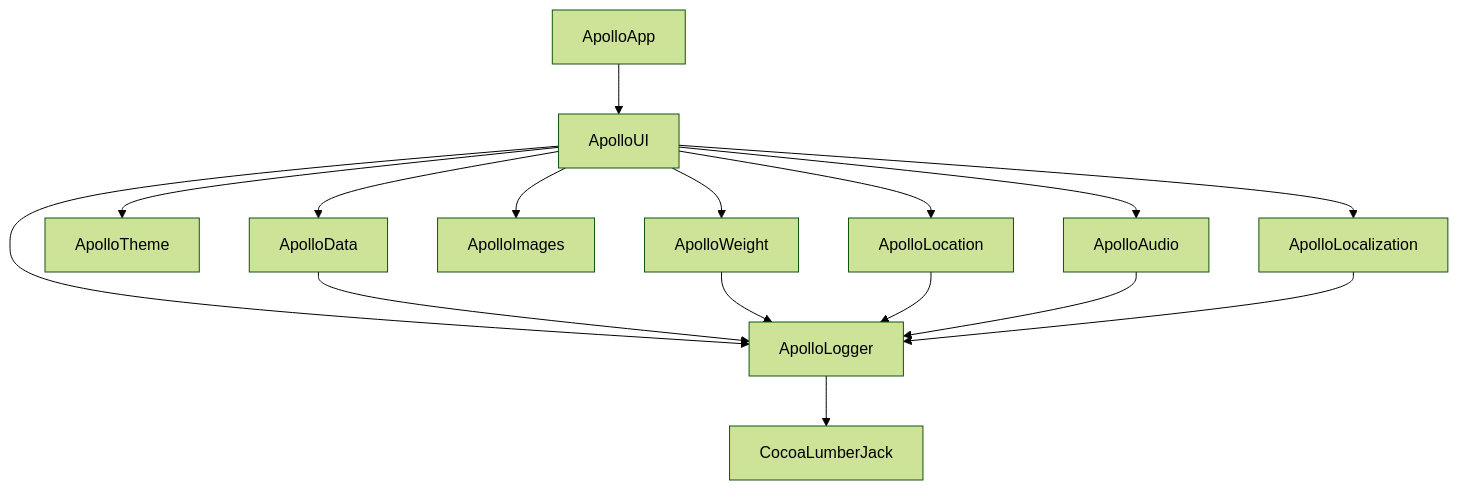
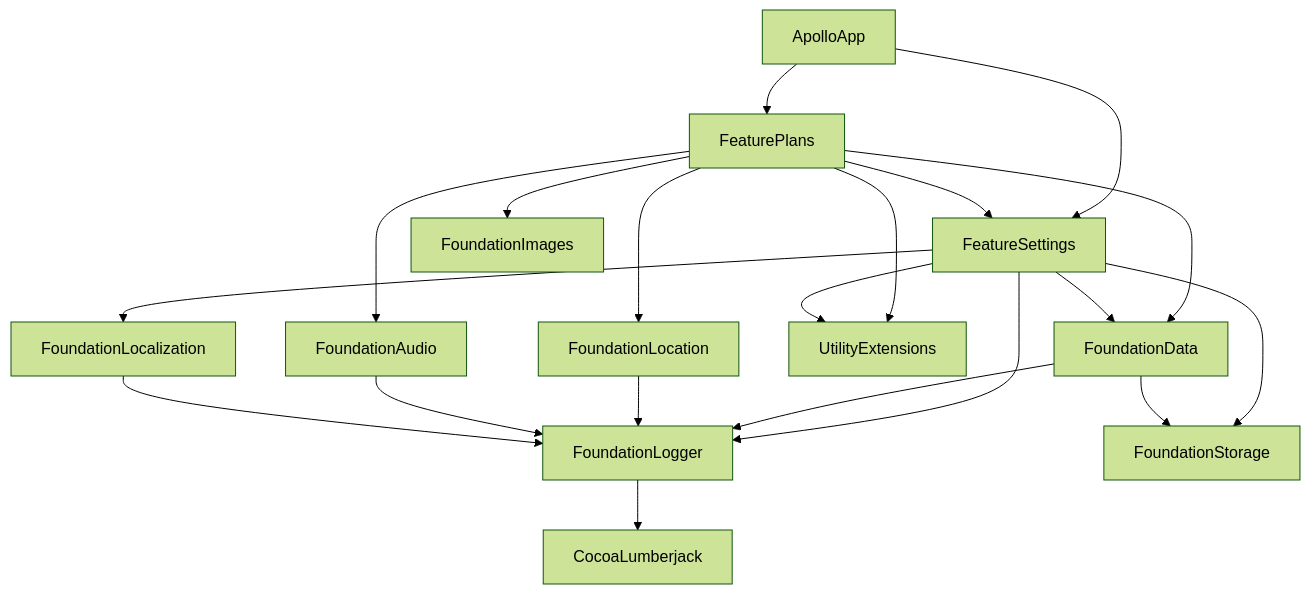
One commit to NikolaGrujic91/Apollo-iOS changed the diagram in README.md. Above: the diagram before and after it, drawn with Mermaid (forest theme).

````diff
--- a/README.md
+++ b/README.md
@@ -72,25 +72,29 @@
 ```mermaid
 graph TD
-    ApolloApp[ApolloApp] --> ApolloUI[ApolloUI]
+    ApolloApp[ApolloApp] --> FeaturePlans[FeaturePlans]
+    ApolloApp[ApolloApp] --> FeatureSettings[FeatureSettings]
     
-    ApolloUI --> ApolloData[ApolloData]
-    ApolloUI --> ApolloLogger[ApolloLogger]
-    ApolloUI --> ApolloTheme[ApolloTheme]
-    ApolloUI --> ApolloLocalization[ApolloLocalization]
-    ApolloUI --> ApolloImages[ApolloImages]
-    ApolloUI --> ApolloWeight[ApolloWeight]
-    ApolloUI --> ApolloLocation[ApolloLocation]
-    ApolloUI --> ApolloAudio[ApolloAudio]
+    FeaturePlans --> FeatureSettings[FeatureSettings]
+    FeaturePlans --> FoundationData[FoundationData]
+    FeaturePlans --> FoundationLocation[FoundationLocation]
+    FeaturePlans --> FoundationAudio[FoundationAudio]
+    FeaturePlans --> FoundationImages[FoundationImages]
+    FeaturePlans --> UtilityExtensions[UtilityExtensions]
 
-    ApolloData --> ApolloLogger[ApolloLogger]
+    FeatureSettings --> FoundationData[FoundationData]
+    FeatureSettings --> FoundationLogger[FoundationLogger]
+    FeatureSettings --> FoundationLocalization[FoundationLocalization]
+    FeatureSettings --> FoundationStorage[FoundationStorage]
+    FeatureSettings --> UtilityExtensions[UtilityExtensions]
 
-    ApolloLogger --> CocoaLumberJack[CocoaLumberJack]
+    FoundationData --> FoundationStorage[FoundationStorage]
+    FoundationData --> FoundationLogger[FoundationLogger]
 
-    ApolloWeight --> ApolloLogger[ApolloLogger]
+    FoundationLocation --> FoundationLogger[FoundationLogger]
 
-    ApolloLocation --> ApolloLogger[ApolloLogger]
+    FoundationAudio --> FoundationLogger[FoundationLogger]
 
-    ApolloAudio --> ApolloLogger[ApolloLogger]
+    FoundationLocalization --> FoundationLogger[FoundationLogger]
 
-    ApolloLocalization --> ApolloLogger[ApolloLogger]
+    FoundationLogger --> CocoaLumberjack[CocoaLumberjack]
 ```
````
